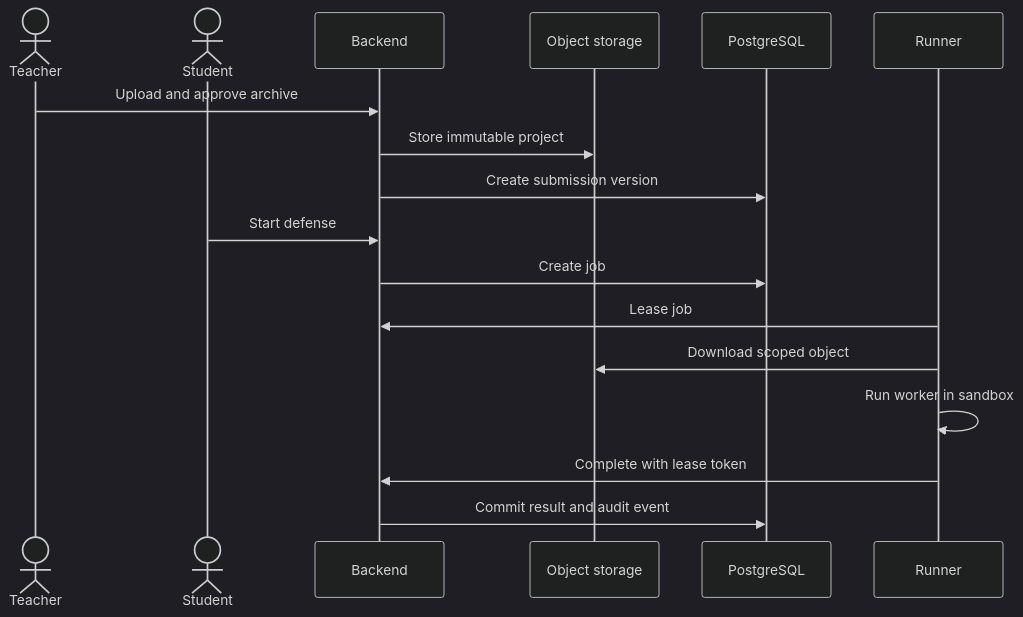
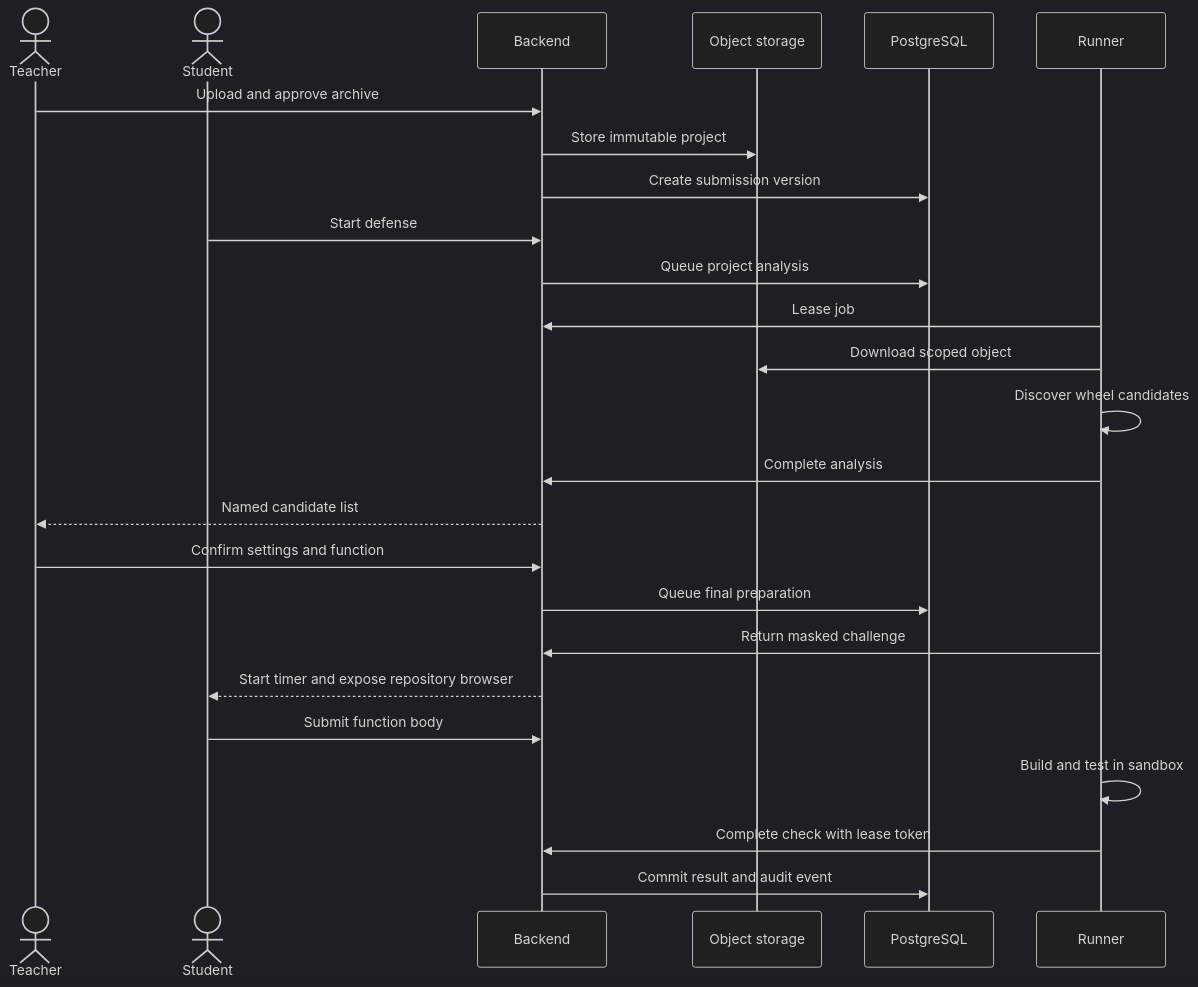
One commit to JO-IK1/CppDefense changed the third of 7 diagrams in docs/ARCHITECTURE.md. Above: the diagram before and after it, drawn with Mermaid (dark theme). The commit also changed other lines of this file and 67 other files, not shown here.

````diff
--- a/docs/ARCHITECTURE.md
+++ b/docs/ARCHITECTURE.md
@@ -88,19 +92,27 @@
 ```mermaid
 sequenceDiagram
   actor Teacher
   actor Student
   participant B as Backend
   participant S as Object storage
   participant D as PostgreSQL
   participant R as Runner
   Teacher->>B: Upload and approve archive
   B->>S: Store immutable project
   B->>D: Create submission version
   Student->>B: Start defense
-  B->>D: Create job
+  B->>D: Queue project analysis
   R->>B: Lease job
   R->>S: Download scoped object
-  R->>R: Run worker in sandbox
-  R->>B: Complete with lease token
+  R->>R: Discover wheel candidates
+  R->>B: Complete analysis
+  B-->>Teacher: Named candidate list
+  Teacher->>B: Confirm settings and function
+  B->>D: Queue final preparation
+  R->>B: Return masked challenge
+  B-->>Student: Start timer and expose repository browser
+  Student->>B: Submit function body
+  R->>R: Build and test in sandbox
+  R->>B: Complete check with lease token
   B->>D: Commit result and audit event
 ```
````
